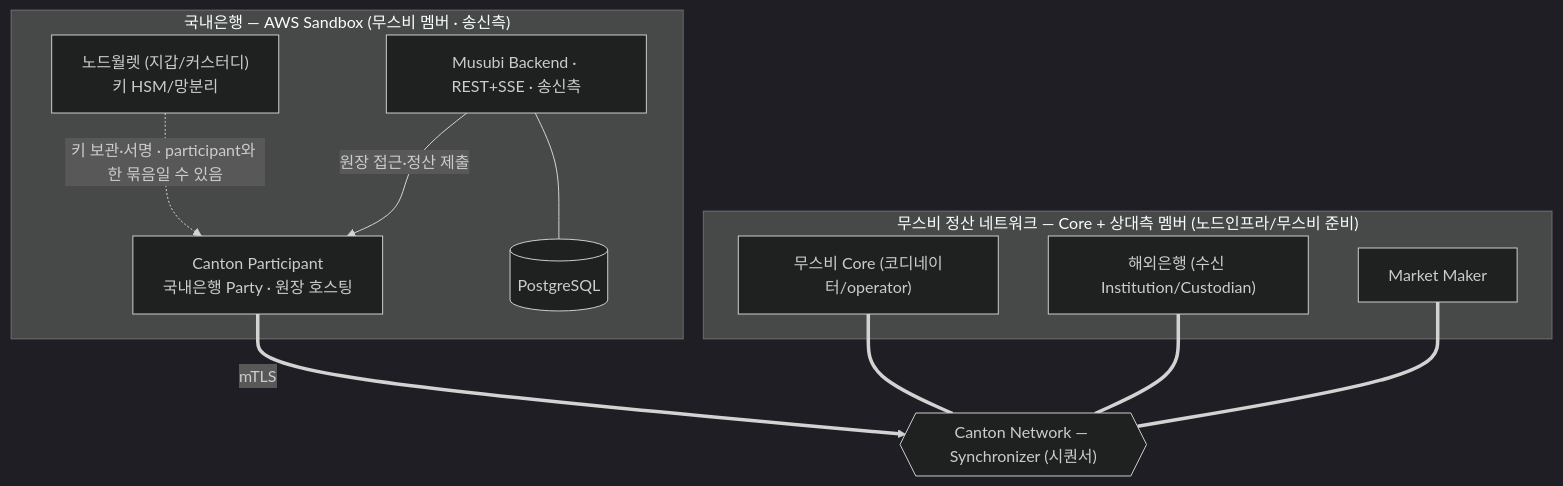
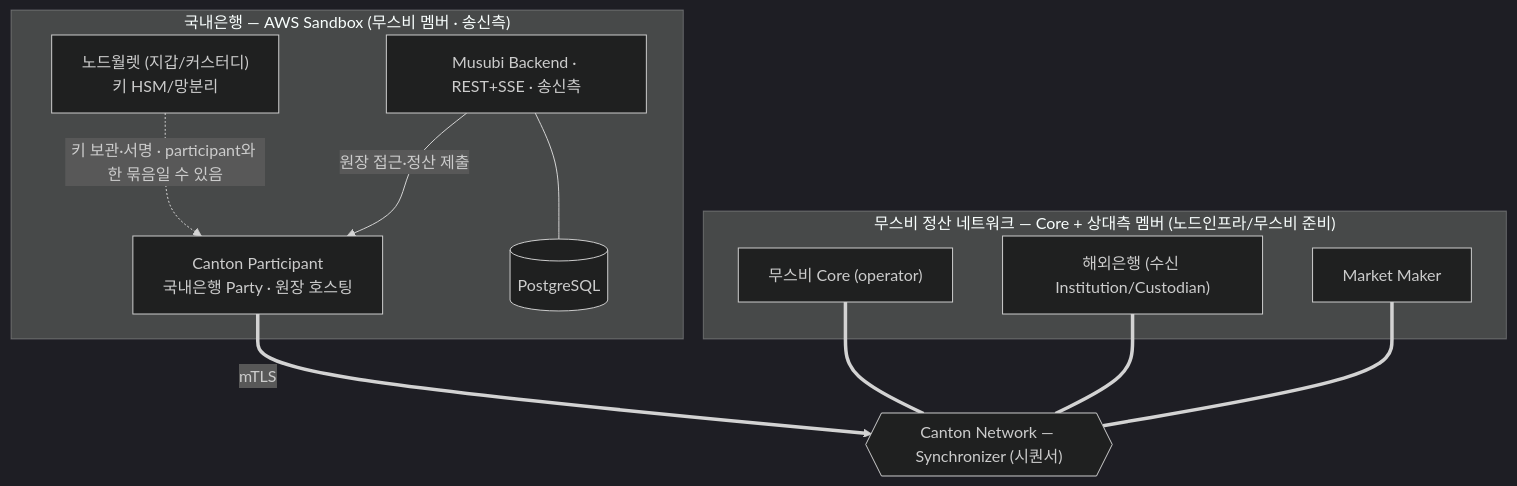
One commit to eunsujeo/canton-docs changed the first of 3 diagrams in dev/docs/poc/architecture.md. Above: the diagram before and after it, drawn with Mermaid (dark theme).

Commit message:
docs(poc): §3 다이어그램 노드 표기 통일 (코디네이터/operator → operator)

````diff
--- a/dev/docs/poc/architecture.md
+++ b/dev/docs/poc/architecture.md
@@ -30,22 +30,22 @@
 ```mermaid
 flowchart TB
   subgraph SB["국내은행 — AWS Sandbox (무스비 멤버 · 송신측)"]
     PN["Canton Participant<br/>국내은행 Party · 원장 호스팅"]
     NW["노드월렛 (지갑/커스터디)<br/>키 HSM/망분리"]
     MB["Musubi Backend · REST+SSE · 송신측"]
     DB[("PostgreSQL")]
   end
   SYN{{"Canton Network — Synchronizer (시퀀서)"}}
   subgraph MUS["무스비 정산 네트워크 — Core + 상대측 멤버 (노드인프라/무스비 준비)"]
-    CORE["무스비 Core (코디네이터/operator)"]
+    CORE["무스비 Core (operator)"]
     CP["해외은행 (수신 Institution/Custodian)"]
     MM["Market Maker"]
   end
   NW -.->|"키 보관·서명 · participant와 한 묶음일 수 있음"| PN
   MB -->|"원장 접근·정산 제출"| PN
   MB --- DB
   PN ==>|mTLS| SYN
   CORE === SYN
   CP === SYN
   MM === SYN
 ```
````
